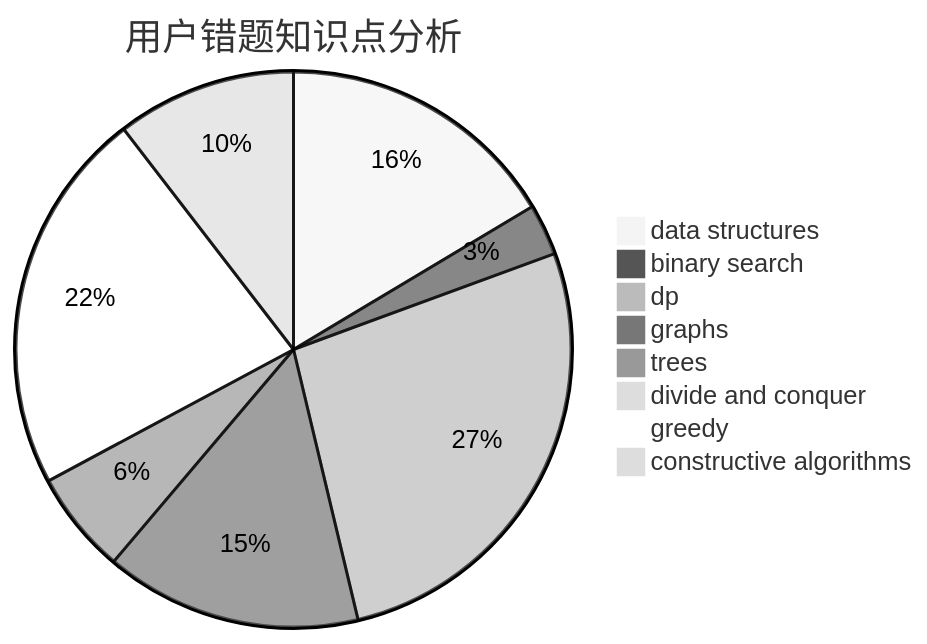
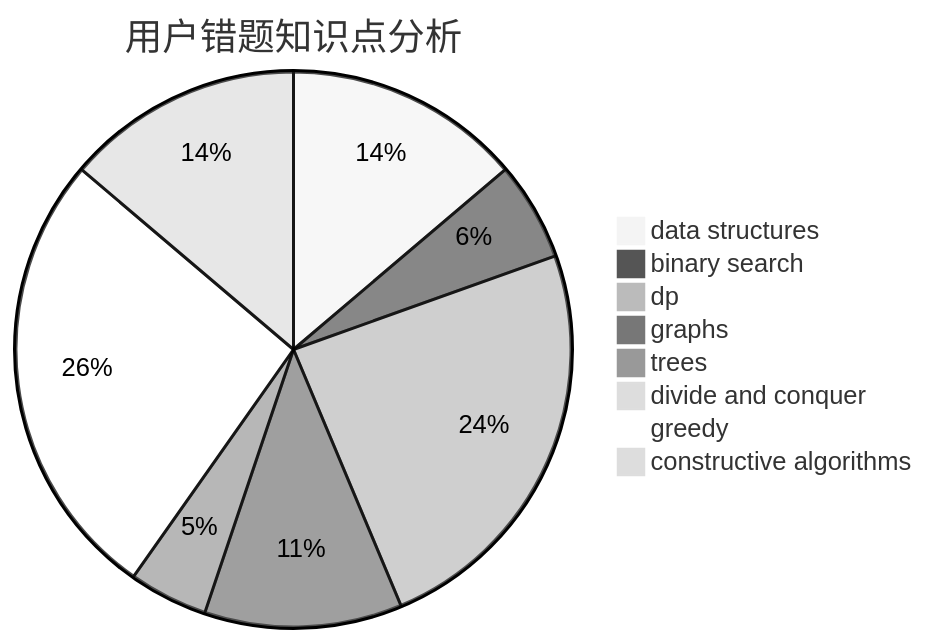
Before and after one commit to sherpahu/cfrs.github.io: the third of 3 diagrams in docs/user/u2149.md, drawn with Mermaid (neutral theme). The commit also changed other lines of this file and 2770 other files, not shown here.

````diff
--- a/docs/user/u2149.md
+++ b/docs/user/u2149.md
@@ -36,11 +36,11 @@
 ```mermaid
 pie title 用户错题知识点分析
-    "data structures" :  11
-    "binary search" :  2
-    "dp" :  18
+    "data structures" :  12
+    "binary search" :  5
+    "dp" :  21
     "graphs" :  10
     "trees" :  4
     "divide and conquer" :  0
-    "greedy" :  15
-    "constructive algorithms" :  7
+    "greedy" :  23
+    "constructive algorithms" :  12
 ```
````
